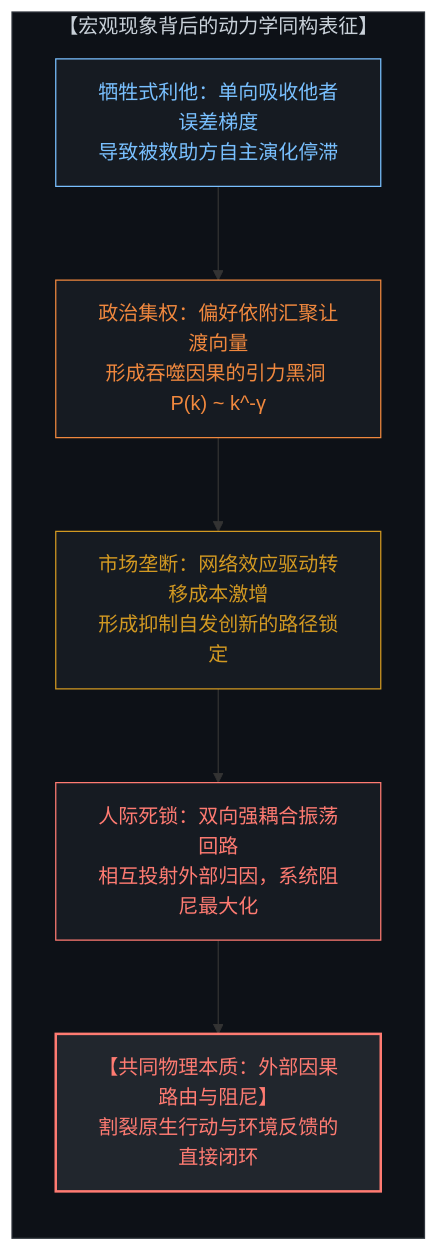
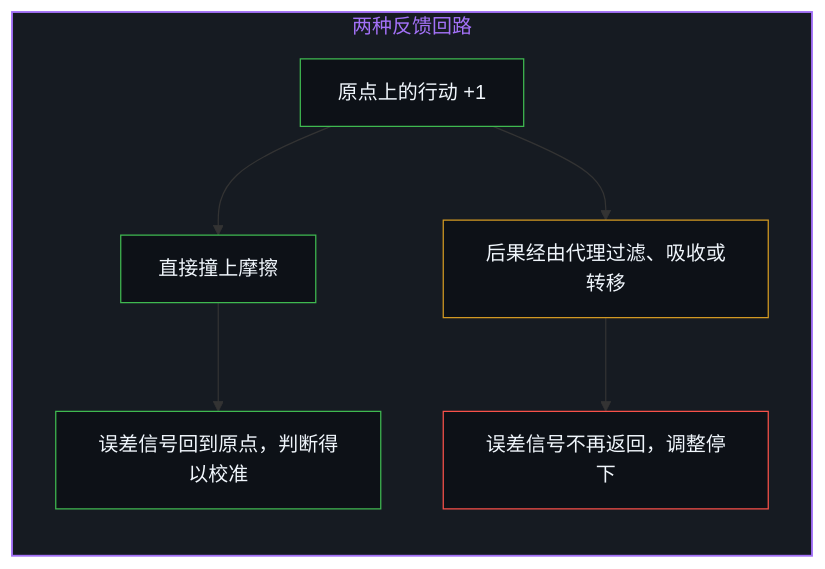
The ninth of 12 diagrams in content/posts/the-mirror-handshake-of-power.md (powerpig99/not-a-toe), drawn with Mermaid before and after one commit. The commit also changed other lines of this file and 3 other files, not shown here.

Commit message:
Refine the-mirror-handshake-of-power: alternating bilingual layout, English diagram twins, first-person framing

````diff
--- a/content/posts/the-mirror-handshake-of-power.md
+++ b/content/posts/the-mirror-handshake-of-power.md
@@ -240,21 +255,22 @@
 ```mermaid
-graph TD
-    subgraph UniversalIsomorphism["【宏观现象背后的动力学同构表征】"]
+flowchart TD
+    subgraph S_Loops["两种反馈回路"]
         direction TB
-        SacrificialAltruism["牺牲式利他：单向吸收他者误差梯度<br>导致被救助方自主演化停滞"]
-        PoliticalCentralization["政治集权：偏好依附汇聚让渡向量<br>形成吞噬因果的引力黑洞 P(k) ~ k^-γ"]
-        MarketLockIn["市场垄断：网络效应驱动转移成本激增<br>形成抑制自发创新的路径锁定"]
-        InterpersonalDeadlock["人际死锁：双向强耦合振荡回路<br>相互投射外部归因，系统阻尼最大化"]
-        UniversalIsomorphismMechanic["【共同物理本质：外部因果路由与阻尼】<br>割裂原生行动与环境反馈的直接闭环"]
-        SacrificialAltruism --> PoliticalCentralization
-        PoliticalCentralization --> MarketLockIn
-        MarketLockIn --> InterpersonalDeadlock
-        InterpersonalDeadlock --> UniversalIsomorphismMechanic
+        Act["原点上的行动 +1"]
+        Friction["直接撞上摩擦"]
+        Return["误差信号回到原点，判断得以校准"]
+        Proxy["后果经由代理过滤、吸收或转移"]
+        Frozen["误差信号不再返回，调整停下"]
+        Act --> Friction
+        Friction --> Return
+        Act --> Proxy
+        Proxy --> Frozen
     end
-    style UniversalIsomorphism fill:#0d1117,stroke:#30363d,stroke-width:1px,color:#c9d1d9
-    style SacrificialAltruism fill:#161b22,stroke:#79c0ff,stroke-width:1px,color:#79c0ff
-    style PoliticalCentralization fill:#161b22,stroke:#f0883e,stroke-width:1px,color:#f0883e
-    style MarketLockIn fill:#161b22,stroke:#d29922,stroke-width:1px,color:#d29922
-    style InterpersonalDeadlock fill:#161b22,stroke:#ff7b72,stroke-width:1px,color:#ff7b72
-    style UniversalIsomorphismMechanic fill:#21262d,stroke:#ff7b72,stroke-width:2px,color:#ff7b72
+
+    style S_Loops fill:#161b22,stroke:#a371f7,stroke-width:1.5px,color:#a371f7
+    style Act fill:#0d1117,stroke:#3fb950,stroke-width:1px,color:#f0f6fc
+    style Friction fill:#0d1117,stroke:#3fb950,stroke-width:1px,color:#f0f6fc
+    style Return fill:#0d1117,stroke:#3fb950,stroke-width:1px,color:#f0f6fc
+    style Proxy fill:#0d1117,stroke:#d29922,stroke-width:1px,color:#f0f6fc
+    style Frozen fill:#0d1117,stroke:#f85149,stroke-width:1px,color:#f0f6fc
 ```
````
